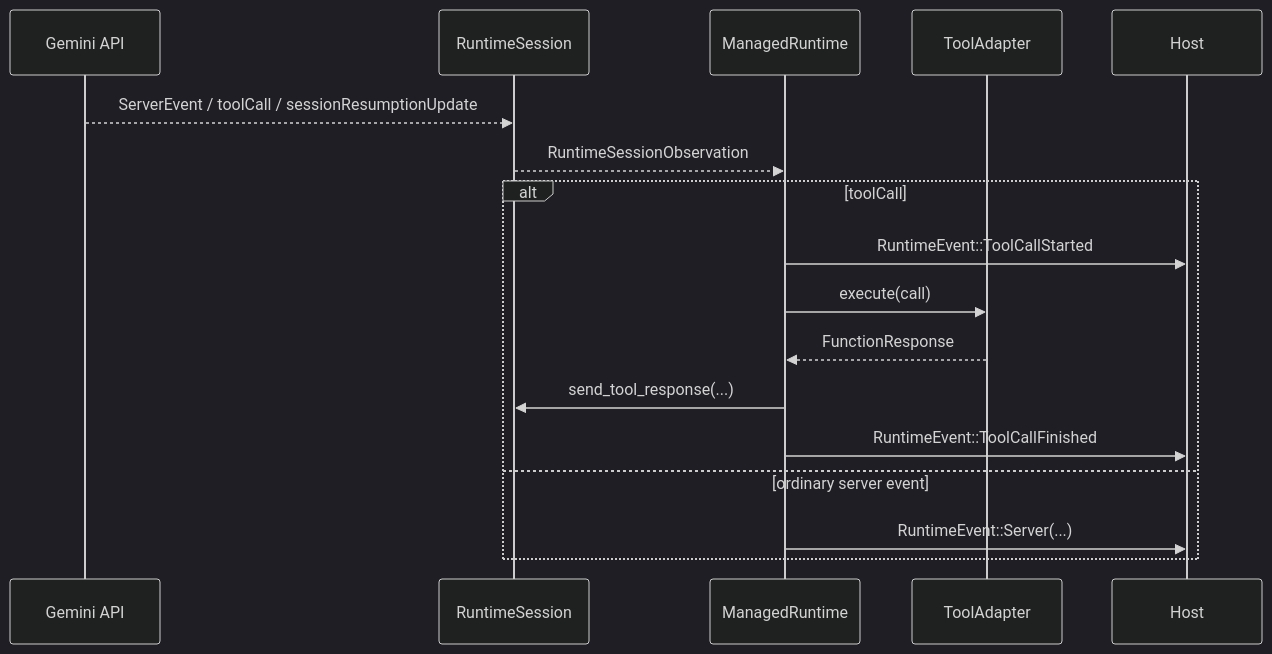
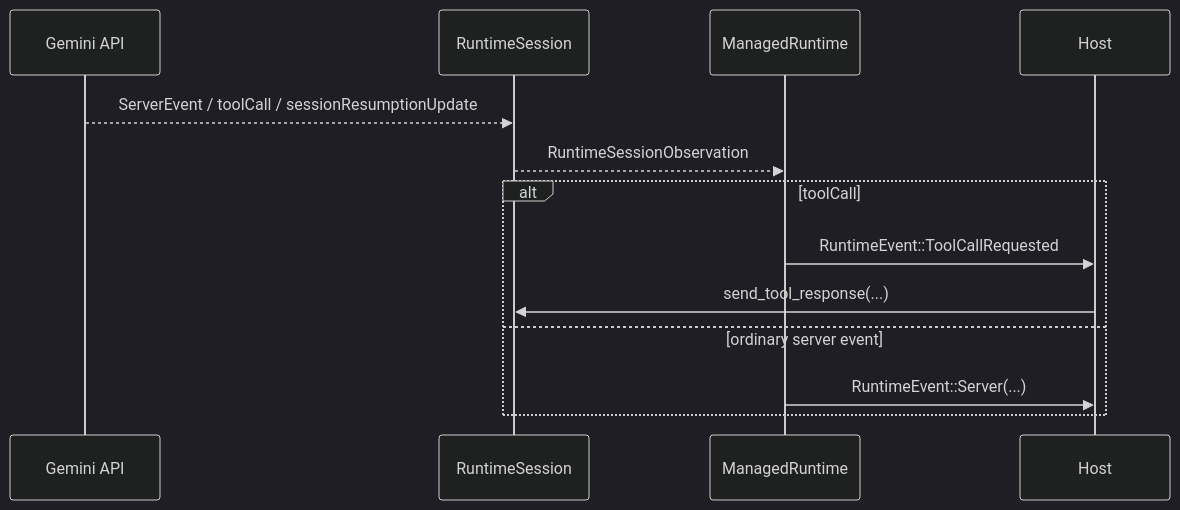
One commit to JacobLinCool/gemini-live-rs changed the third of 4 diagrams in crates/gemini-live-runtime/README.md. Above: the diagram before and after it, drawn with Mermaid (dark theme). The commit also changed other lines of this file and 51 other files, not shown here.

````diff
--- a/crates/gemini-live-runtime/README.md
+++ b/crates/gemini-live-runtime/README.md
@@ -93,20 +93,16 @@
 ```mermaid
 sequenceDiagram
     participant API as Gemini API
     participant Session as RuntimeSession
     participant MR as ManagedRuntime
-    participant Tool as ToolAdapter
     participant Host
 
     API-->>Session: ServerEvent / toolCall / sessionResumptionUpdate
     Session-->>MR: RuntimeSessionObservation
     alt toolCall
-        MR->>Host: RuntimeEvent::ToolCallStarted
-        MR->>Tool: execute(call)
-        Tool-->>MR: FunctionResponse
-        MR->>Session: send_tool_response(...)
-        MR->>Host: RuntimeEvent::ToolCallFinished
+        MR->>Host: RuntimeEvent::ToolCallRequested
+        Host->>Session: send_tool_response(...)
     else ordinary server event
         MR->>Host: RuntimeEvent::Server(...)
     end
 ```
````
